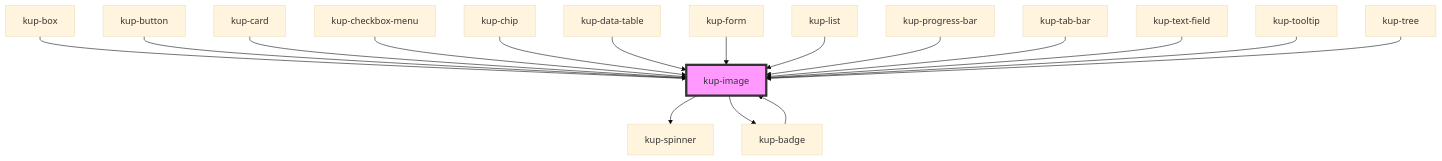
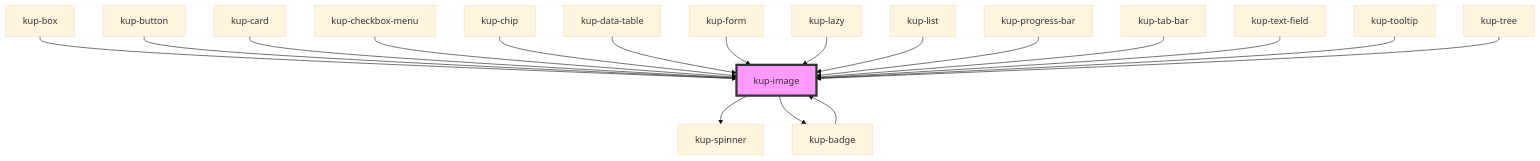
Before and after one commit to smeup/ketchup: the diagram in packages/ketchup/src/components/kup-image/readme.md, drawn with Mermaid (base theme). The commit also changed other lines of this file and 4 other files, not shown here.

Commit message:
kup-lazy first draft.

````diff
--- a/packages/ketchup/src/components/kup-image/readme.md
+++ b/packages/ketchup/src/components/kup-image/readme.md
@@ -54,20 +55,21 @@
 ```mermaid
 graph TD;
   kup-image --> kup-spinner
   kup-image --> kup-badge
   kup-badge --> kup-image
   kup-box --> kup-image
   kup-button --> kup-image
   kup-card --> kup-image
   kup-checkbox-menu --> kup-image
   kup-chip --> kup-image
   kup-data-table --> kup-image
   kup-form --> kup-image
+  kup-lazy --> kup-image
   kup-list --> kup-image
   kup-progress-bar --> kup-image
   kup-tab-bar --> kup-image
   kup-text-field --> kup-image
   kup-tooltip --> kup-image
   kup-tree --> kup-image
   style kup-image fill:#f9f,stroke:#333,stroke-width:4px
 ```
````
